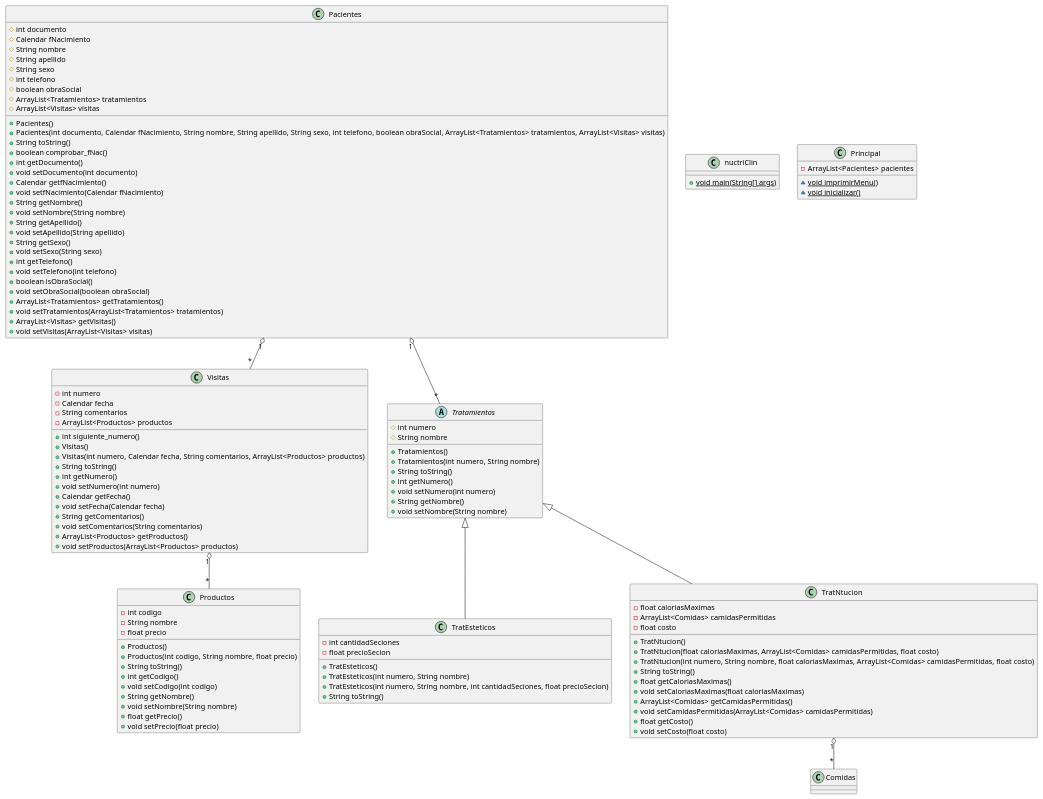
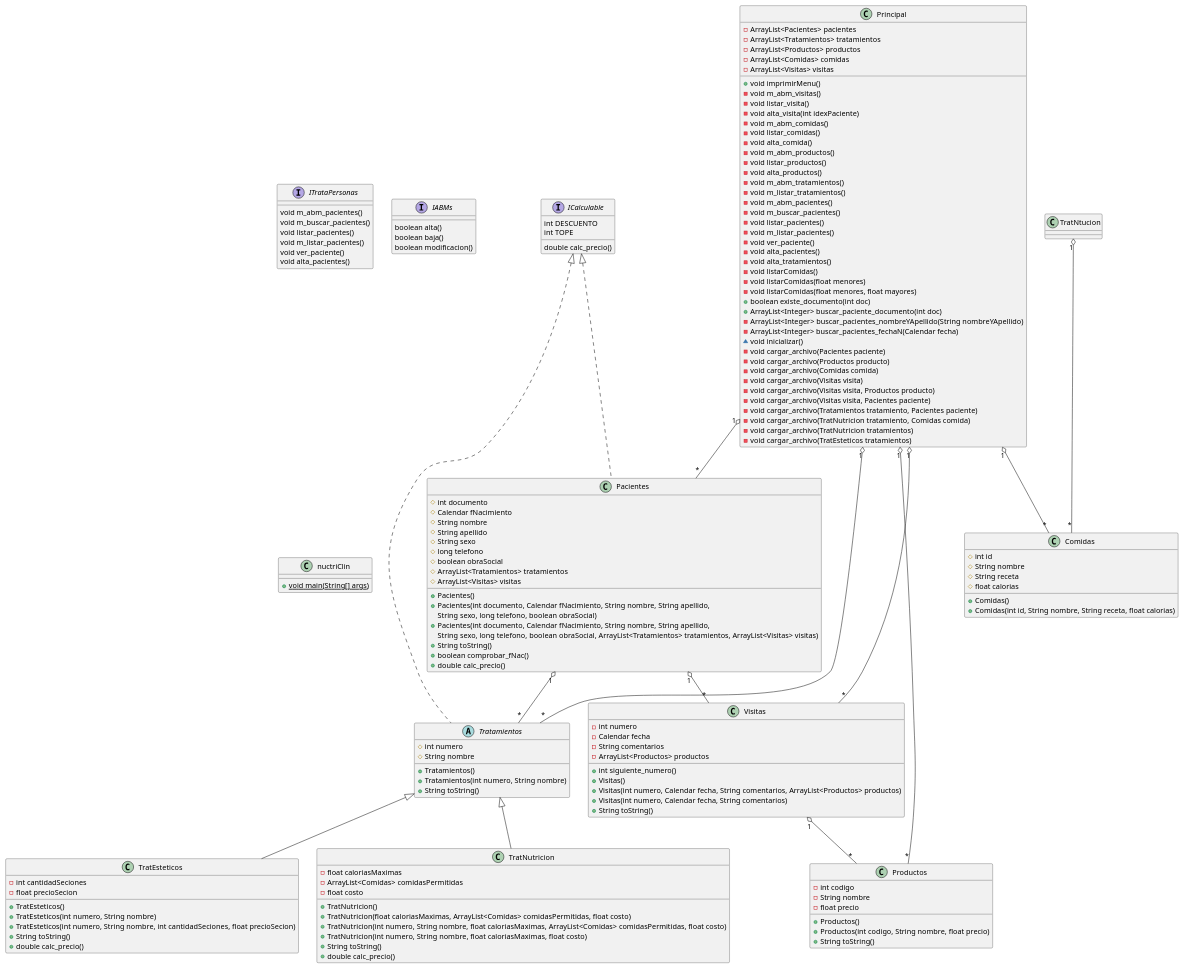
One commit to iberlot/ProgAvans changed the diagram in nutriClin/Diagramas/Clases2.puml. Above: the diagram before and after it, drawn with PlantUML. The commit also changed 22 other files, not shown here.

```diff
--- a/nutriClin/Diagramas/Clases2.puml
+++ b/nutriClin/Diagramas/Clases2.puml
@@ -1,123 +1,164 @@
 @startuml
-class Visitas [[java:nuctriClin.Visitas]] {
+
+interface ITrataPersonas [[java:nuctriClin.ITrataPersonas]] {
+	void m_abm_pacientes()
+	void m_buscar_pacientes()
+	void listar_pacientes()
+	void m_listar_pacientes()
+	void ver_paciente()
+	void alta_pacientes()
+}
+
+interface IABMs [[java:nuctriClin.IABMs]] {
+	boolean alta()
+	boolean baja()
+	boolean modificacion()
+}
+
+interface ICalculable [[java:nuctriClin.ICalculable]] {
+	int DESCUENTO
+	int TOPE
+	double calc_precio()
+}
+
+class Visitas {
 	-int numero
 	-Calendar fecha
 	-String comentarios
 	-ArrayList<Productos> productos
 	+int siguiente_numero()
 	+Visitas()
 	+Visitas(int numero, Calendar fecha, String comentarios, ArrayList<Productos> productos)
+	+Visitas(int numero, Calendar fecha, String comentarios)
 	+String toString()
-	+int getNumero()
-	+void setNumero(int numero)
-	+Calendar getFecha()
-	+void setFecha(Calendar fecha)
-	+String getComentarios()
-	+void setComentarios(String comentarios)
-	+ArrayList<Productos> getProductos()
-	+void setProductos(ArrayList<Productos> productos)
 }
 class Pacientes [[java:nuctriClin.Pacientes]] {
 	#int documento
 	#Calendar fNacimiento
 	#String nombre
 	#String apellido
 	#String sexo
-	#int telefono
+	#long telefono
 	#boolean obraSocial
 	#ArrayList<Tratamientos> tratamientos
 	#ArrayList<Visitas> visitas
 	+Pacientes()
-	+Pacientes(int documento, Calendar fNacimiento, String nombre, String apellido, String sexo, int telefono, boolean obraSocial, ArrayList<Tratamientos> tratamientos, ArrayList<Visitas> visitas)
+	+Pacientes(int documento, Calendar fNacimiento, String nombre, String apellido, 
+	String sexo, long telefono, boolean obraSocial)
+	+Pacientes(int documento, Calendar fNacimiento, String nombre, String apellido, 
+	String sexo, long telefono, boolean obraSocial, ArrayList<Tratamientos> tratamientos, ArrayList<Visitas> visitas)
 	+String toString()
 	+boolean comprobar_fNac()
-	+int getDocumento()
-	+void setDocumento(int documento)
-	+Calendar getfNacimiento()
-	+void setfNacimiento(Calendar fNacimiento)
-	+String getNombre()
-	+void setNombre(String nombre)
-	+String getApellido()
-	+void setApellido(String apellido)
-	+String getSexo()
-	+void setSexo(String sexo)
-	+int getTelefono()
-	+void setTelefono(int telefono)
-	+boolean isObraSocial()
-	+void setObraSocial(boolean obraSocial)
-	+ArrayList<Tratamientos> getTratamientos()
-	+void setTratamientos(ArrayList<Tratamientos> tratamientos)
-	+ArrayList<Visitas> getVisitas()
-	+void setVisitas(ArrayList<Visitas> visitas)
+	+double calc_precio()
 }
 class nuctriClin [[java:nuctriClin.nuctriClin]] {
 	+{static}void main(String[] args)
 }
 class Productos [[java:nuctriClin.Productos]] {
 	-int codigo
 	-String nombre
 	-float precio
 	+Productos()
 	+Productos(int codigo, String nombre, float precio)
 	+String toString()
-	+int getCodigo()
-	+void setCodigo(int codigo)
-	+String getNombre()
-	+void setNombre(String nombre)
-	+float getPrecio()
-	+void setPrecio(float precio)
 }
 class TratEsteticos [[java:nuctriClin.TratEsteticos]] {
 	-int cantidadSeciones
 	-float precioSecion
 	+TratEsteticos()
 	+TratEsteticos(int numero, String nombre)
 	+TratEsteticos(int numero, String nombre, int cantidadSeciones, float precioSecion)
 	+String toString()
+	+double calc_precio()
 }
-class Tratamientos [[java:nuctriClin.Tratamientos]] {
+
+class Comidas [[java:nuctriClin.Comidas]] {
+	#int id
+	#String nombre
+	#String receta
+	#float calorias
+	+Comidas()
+	+Comidas(int id, String nombre, String receta, float calorias)
 }
-Tratamientos <|-- TratEsteticos
-class Comidas [[java:nuctriClin.Comidas]] {
+class TratNutricion [[java:nuctriClin.TratNutricion]] {
+	-float caloriasMaximas
+	-ArrayList<Comidas> comidasPermitidas
+	-float costo
+	+TratNutricion()
+	+TratNutricion(float caloriasMaximas, ArrayList<Comidas> comidasPermitidas, float costo)
+	+TratNutricion(int numero, String nombre, float caloriasMaximas, ArrayList<Comidas> comidasPermitidas, float costo)
+	+TratNutricion(int numero, String nombre, float caloriasMaximas, float costo)
+	+String toString()
+	+double calc_precio()
 }
-class TratNtucion [[java:nuctriClin.TratNtucion]] {
-	-float caloriasMaximas
-	-ArrayList<Comidas> camidasPermitidas
-	-float costo
-	+TratNtucion()
-	+TratNtucion(float caloriasMaximas, ArrayList<Comidas> camidasPermitidas, float costo)
-	+TratNtucion(int numero, String nombre, float caloriasMaximas, ArrayList<Comidas> camidasPermitidas, float costo)
-	+String toString()
-	+float getCaloriasMaximas()
-	+void setCaloriasMaximas(float caloriasMaximas)
-	+ArrayList<Comidas> getCamidasPermitidas()
-	+void setCamidasPermitidas(ArrayList<Comidas> camidasPermitidas)
-	+float getCosto()
-	+void setCosto(float costo)
-}
-class Tratamientos [[java:nuctriClin.Tratamientos]] {
-}
-Tratamientos <|-- TratNtucion
+
 abstract class Tratamientos [[java:nuctriClin.Tratamientos]] {
 	#int numero
 	#String nombre
 	+Tratamientos()
 	+Tratamientos(int numero, String nombre)
 	+String toString()
-	+int getNumero()
-	+void setNumero(int numero)
-	+String getNombre()
-	+void setNombre(String nombre)
 }
 class Principal [[java:nuctriClin.Principal]] {
 	-ArrayList<Pacientes> pacientes
-	~{static}void imprimirMenu()
-	~{static}void inicializar()
+	-ArrayList<Tratamientos> tratamientos
+	-ArrayList<Productos> productos
+	-ArrayList<Comidas> comidas
+	-ArrayList<Visitas> visitas
+	+void imprimirMenu()
+	-void m_abm_visitas()
+	-void listar_visita()
+	-void alta_visita(int idexPaciente)
+	-void m_abm_comidas()
+	-void listar_comidas()
+	-void alta_comida()
+	-void m_abm_productos()
+	-void listar_productos()
+	-void alta_productos()
+	-void m_abm_tratamientos()
+	-void m_listar_tratamientos()
+	-void m_abm_pacientes()
+	-void m_buscar_pacientes()
+	-void listar_pacientes()
+	-void m_listar_pacientes()
+	-void ver_paciente()
+	-void alta_pacientes()
+	-void alta_tratamientos()
+	-void listarComidas()
+	-void listarComidas(float menores)
+	-void listarComidas(float menores, float mayores)
+	+boolean existe_documento(int doc)
+	+ArrayList<Integer> buscar_paciente_documento(int doc)
+	-ArrayList<Integer> buscar_pacientes_nombreYApellido(String nombreYApellido)
+	-ArrayList<Integer> buscar_pacientes_fechaN(Calendar fecha)
+	~void inicializar()
+	-void cargar_archivo(Pacientes paciente)
+	-void cargar_archivo(Productos producto)
+	-void cargar_archivo(Comidas comida)
+	-void cargar_archivo(Visitas visita)
+	-void cargar_archivo(Visitas visita, Productos producto)
+	-void cargar_archivo(Visitas visita, Pacientes paciente)
+	-void cargar_archivo(Tratamientos tratamiento, Pacientes paciente)
+	-void cargar_archivo(TratNutricion tratamiento, Comidas comida)
+	-void cargar_archivo(TratNutricion tratamientos)
+	-void cargar_archivo(TratEsteticos tratamientos)
 }
 
+
+Tratamientos <|-- TratEsteticos
+Tratamientos <|-- TratNutricion
+ICalculable <|.. Tratamientos
+ICalculable <|.. Pacientes
 
 TratNtucion "1" o-- "*" Comidas
 Pacientes "1" o-- "*" Tratamientos
 Pacientes "1" o-- "*" Visitas
 Visitas "1" o-- "*" Productos
+
+Principal "1" o-- "*" Pacientes
+Principal "1" o-- "*" Productos
+Principal "1" o-- "*" Comidas
+Principal "1" o-- "*" Visitas
+Principal "1" o-- "*" Tratamientos
+
 @enduml
```
